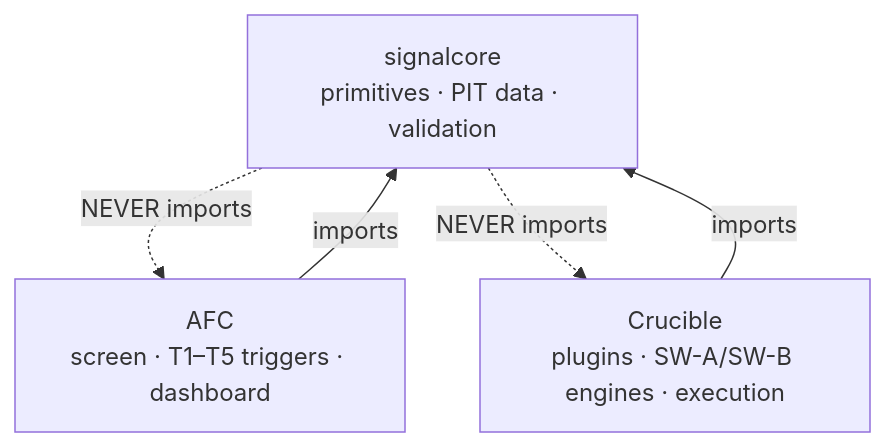
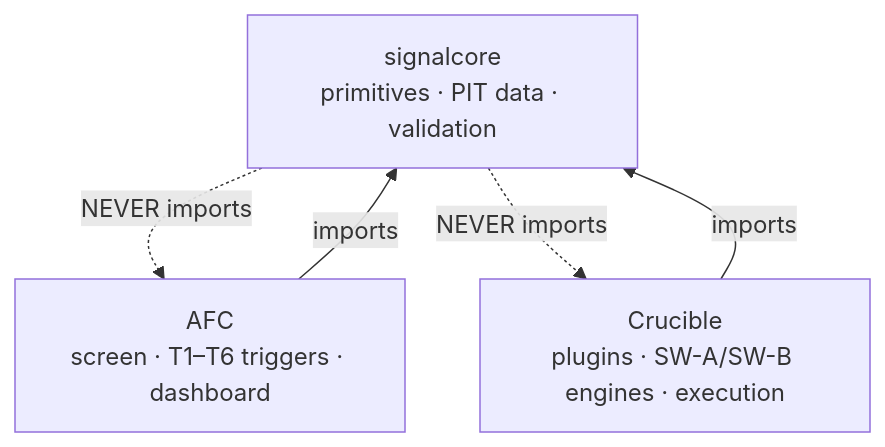
The diagram in project_scopes/Shared_SignalCore_Boundary_Spec_v1.md (manuel-reyes-ml/data-portfolio), drawn with Mermaid before and after one commit. The commit also changed other lines of this file, not shown here.

Commit message:
docs: add  (float / short-interest primitives) to support AFC's **T6 Squeeze Context** trigger.

````diff
--- a/project_scopes/Shared_SignalCore_Boundary_Spec_v1.md
+++ b/project_scopes/Shared_SignalCore_Boundary_Spec_v1.md
@@ -64,10 +68,10 @@
 ```mermaid
 flowchart TD
     SC[signalcore<br/>primitives · PIT data · validation]
-    AFC[AFC<br/>screen · T1–T5 triggers · dashboard]
+    AFC[AFC<br/>screen · T1–T6 triggers · dashboard]
     CRU[Crucible<br/>plugins · SW-A/SW-B engines · execution]
     AFC -->|imports| SC
     CRU -->|imports| SC
     SC -.->|NEVER imports| AFC
     SC -.->|NEVER imports| CRU
 ```
````
